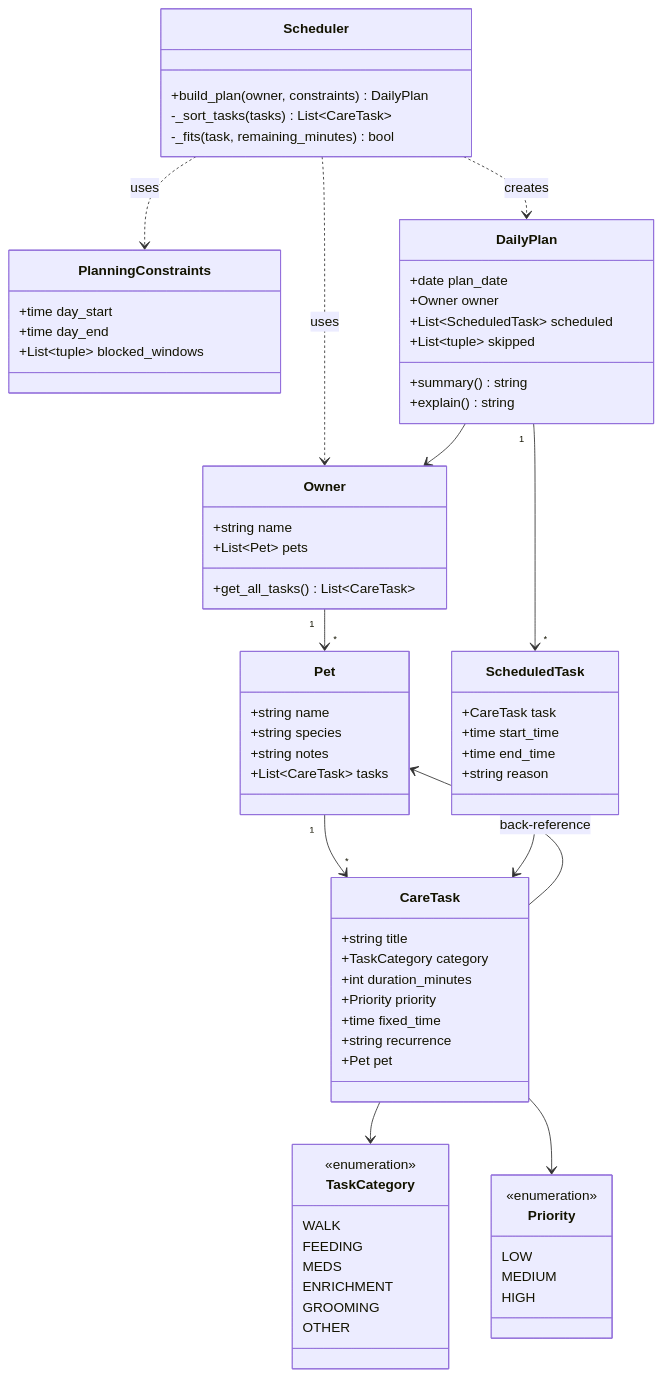
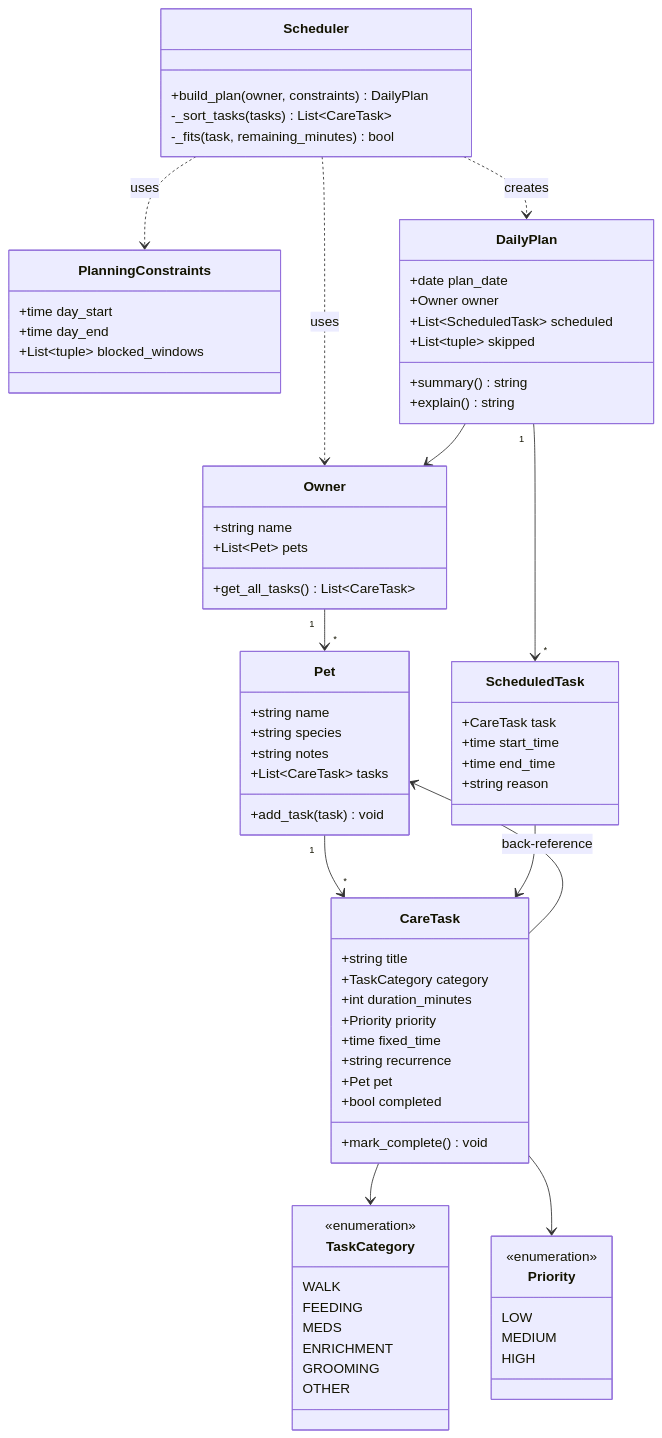
Before and after one commit to melanieChan/ai110-module2show-pawpal-starter: the diagram in diagrams/uml.mmd, drawn with Mermaid. The commit also changed 2 other files, not shown here.

Commit message:
added task mark complete and addition with tests

```diff
--- a/diagrams/uml.mmd
+++ b/diagrams/uml.mmd
@@ -1,80 +1,83 @@
 classDiagram
     class Owner {
         +string name
         +List~Pet~ pets
         +get_all_tasks() List~CareTask~
     }
 
     class Pet {
         +string name
         +string species
         +string notes
         +List~CareTask~ tasks
+        +add_task(task) void
     }
 
     class TaskCategory {
         <<enumeration>>
         WALK
         FEEDING
         MEDS
         ENRICHMENT
         GROOMING
         OTHER
     }
 
     class Priority {
         <<enumeration>>
         LOW
         MEDIUM
         HIGH
     }
 
     class CareTask {
         +string title
         +TaskCategory category
         +int duration_minutes
         +Priority priority
         +time fixed_time
         +string recurrence
         +Pet pet
+        +bool completed
+        +mark_complete() void
     }
 
     class PlanningConstraints {
         +time day_start
         +time day_end
         +List~tuple~ blocked_windows
     }
 
     class Scheduler {
         +build_plan(owner, constraints) DailyPlan
         -_sort_tasks(tasks) List~CareTask~
         -_fits(task, remaining_minutes) bool
     }
 
     class ScheduledTask {
         +CareTask task
         +time start_time
         +time end_time
         +string reason
     }
 
     class DailyPlan {
         +date plan_date
         +Owner owner
         +List~ScheduledTask~ scheduled
         +List~tuple~ skipped
         +summary() string
         +explain() string
     }
 
     Owner "1" --> "*" Pet
     Pet "1" --> "*" CareTask
     CareTask --> Pet : back-reference
     CareTask --> TaskCategory
     CareTask --> Priority
     Scheduler ..> Owner : uses
     Scheduler ..> PlanningConstraints : uses
     Scheduler ..> DailyPlan : creates
     DailyPlan "1" --> "*" ScheduledTask
     DailyPlan --> Owner
     ScheduledTask --> CareTask
```
